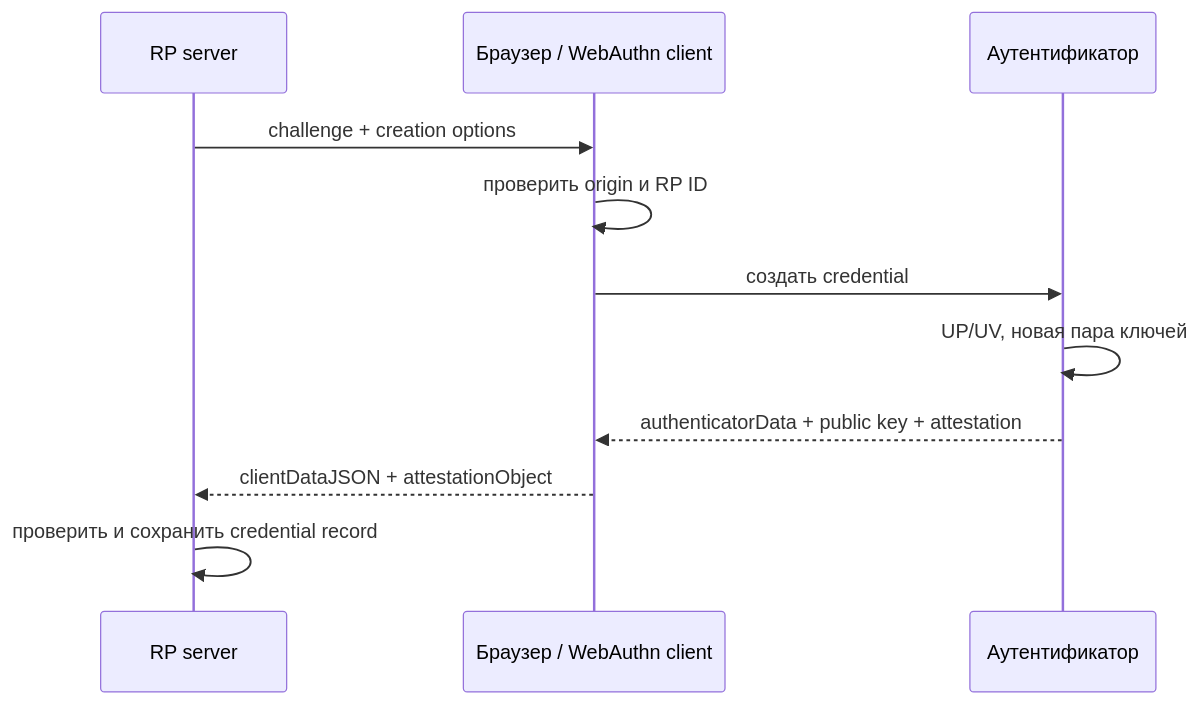
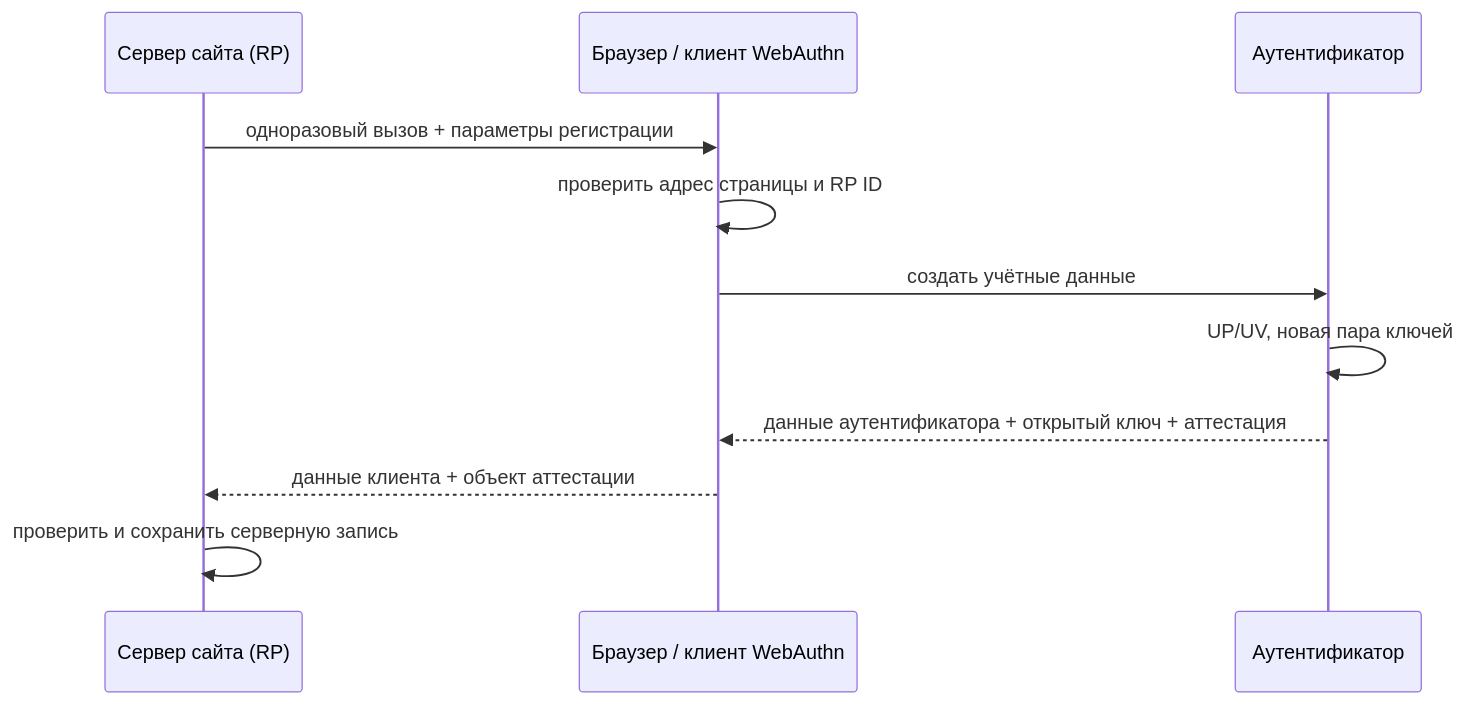
Before and after one commit to zapret-discordyoutube/todo: the second of 3 diagrams in FIDO/webauthn.md, drawn with Mermaid. The commit also changed other lines of this file and 8 other files, not shown here.

````diff
--- a/FIDO/webauthn.md
+++ b/FIDO/webauthn.md
@@ -60,13 +104,13 @@
 ```mermaid
 sequenceDiagram
-    participant S as RP server
-    participant B as Браузер / WebAuthn client
+    participant S as Сервер сайта (RP)
+    participant B as Браузер / клиент WebAuthn
     participant A as Аутентификатор
-    S->>B: challenge + creation options
-    B->>B: проверить origin и RP ID
-    B->>A: создать credential
+    S->>B: одноразовый вызов + параметры регистрации
+    B->>B: проверить адрес страницы и RP ID
+    B->>A: создать учётные данные
     A->>A: UP/UV, новая пара ключей
-    A-->>B: authenticatorData + public key + attestation
-    B-->>S: clientDataJSON + attestationObject
-    S->>S: проверить и сохранить credential record
+    A-->>B: данные аутентификатора + открытый ключ + аттестация
+    B-->>S: данные клиента + объект аттестации
+    S->>S: проверить и сохранить серверную запись
 ```
````
